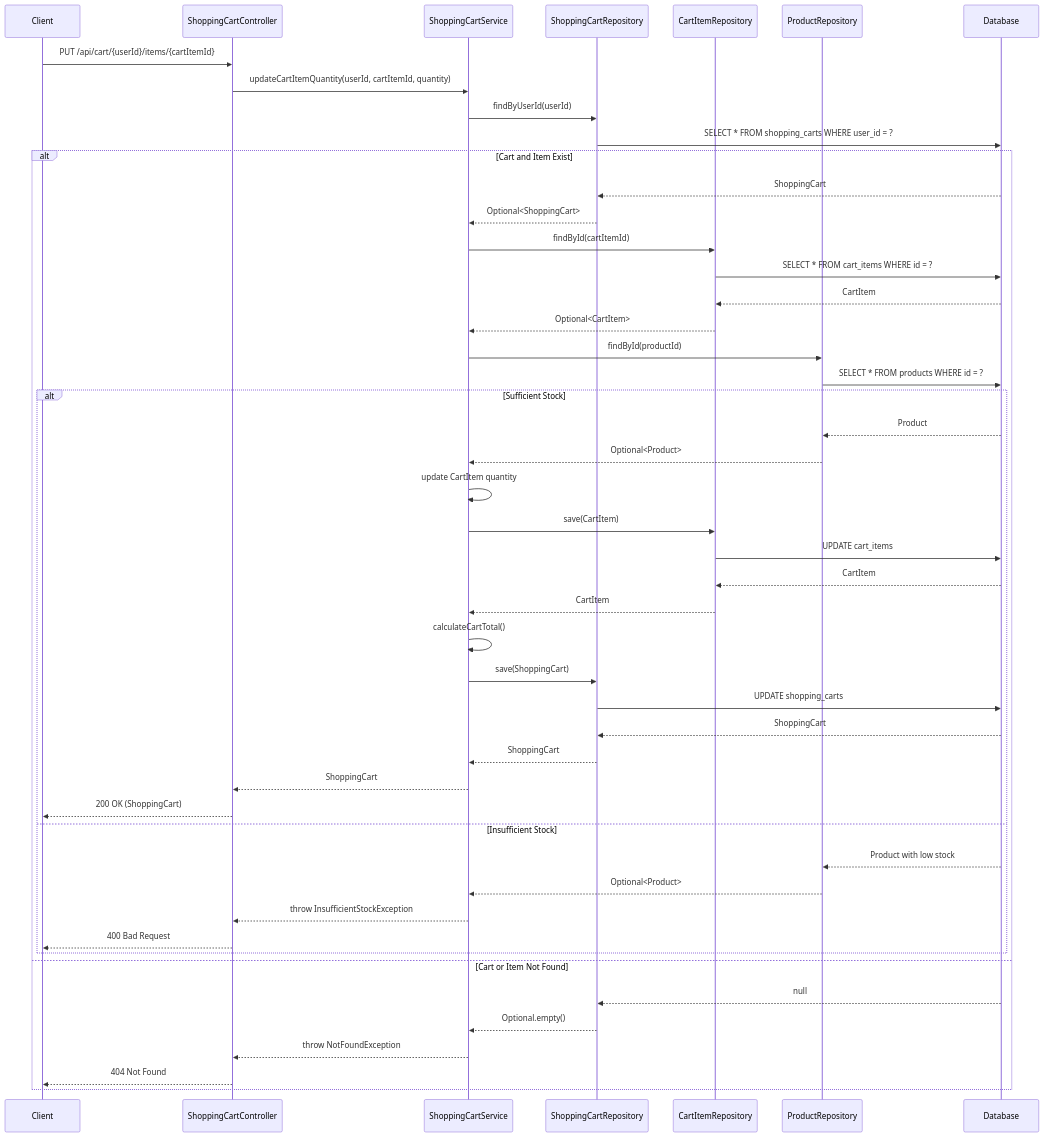
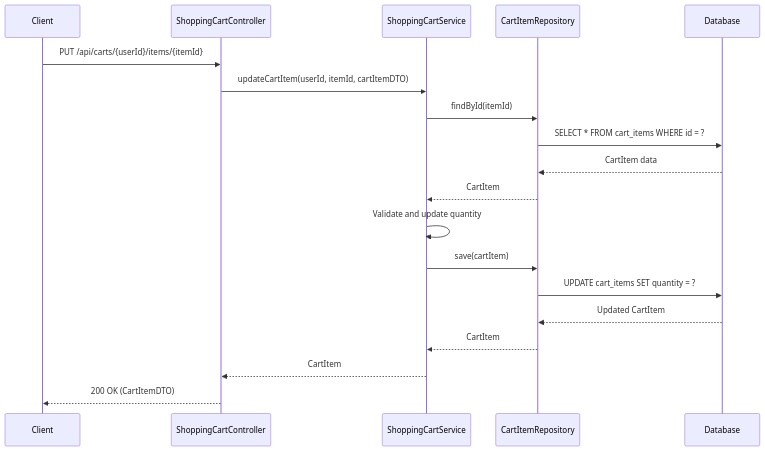
Diagram 12 of 13 in docs/LLD/modified_lld.md (NavneetBN47/aava-ecom-demo), drawn with Mermaid before and after one commit. The commit also changed other lines of this file, not shown here.

````diff
--- a/docs/LLD/modified_lld.md
+++ b/docs/LLD/modified_lld.md
@@ -468,53 +558,24 @@
 ```mermaid
 sequenceDiagram
     participant Client
     participant ShoppingCartController
     participant ShoppingCartService
-    participant ShoppingCartRepository
     participant CartItemRepository
-    participant ProductRepository
     participant Database
 
-    Client->>ShoppingCartController: PUT /api/cart/{userId}/items/{cartItemId}
-    ShoppingCartController->>ShoppingCartService: updateCartItemQuantity(userId, cartItemId, quantity)
-    ShoppingCartService->>ShoppingCartRepository: findByUserId(userId)
-    ShoppingCartRepository->>Database: SELECT * FROM shopping_carts WHERE user_id = ?
+    Client->>ShoppingCartController: PUT /api/carts/{userId}/items/{itemId}
+    ShoppingCartController->>ShoppingCartService: updateCartItem(userId, itemId, cartItemDTO)
+    ShoppingCartService->>CartItemRepository: findById(itemId)
+    CartItemRepository->>Database: SELECT * FROM cart_items WHERE id = ?
+    Database-->>CartItemRepository: CartItem data
+    CartItemRepository-->>ShoppingCartService: CartItem
     
-    alt Cart and Item Exist
-        Database-->>ShoppingCartRepository: ShoppingCart
-        ShoppingCartRepository-->>ShoppingCartService: Optional<ShoppingCart>
-        ShoppingCartService->>CartItemRepository: findById(cartItemId)
-        CartItemRepository->>Database: SELECT * FROM cart_items WHERE id = ?
-        Database-->>CartItemRepository: CartItem
-        CartItemRepository-->>ShoppingCartService: Optional<CartItem>
-        ShoppingCartService->>ProductRepository: findById(productId)
-        ProductRepository->>Database: SELECT * FROM products WHERE id = ?
-        
-        alt Sufficient Stock
-            Database-->>ProductRepository: Product
-            ProductRepository-->>ShoppingCartService: Optional<Product>
-            ShoppingCartService->>ShoppingCartService: update CartItem quantity
-            ShoppingCartService->>CartItemRepository: save(CartItem)
-            CartItemRepository->>Database: UPDATE cart_items
-            Database-->>CartItemRepository: CartItem
-            CartItemRepository-->>ShoppingCartService: CartItem
-            ShoppingCartService->>ShoppingCartService: calculateCartTotal()
-            ShoppingCartService->>ShoppingCartRepository: save(ShoppingCart)
-            ShoppingCartRepository->>Database: UPDATE shopping_carts
-            Database-->>ShoppingCartRepository: ShoppingCart
-            ShoppingCartRepository-->>ShoppingCartService: ShoppingCart
-            ShoppingCartService-->>ShoppingCartController: ShoppingCart
-            ShoppingCartController-->>Client: 200 OK (ShoppingCart)
-        else Insufficient Stock
-            Database-->>ProductRepository: Product with low stock
-            ProductRepository-->>ShoppingCartService: Optional<Product>
-            ShoppingCartService-->>ShoppingCartController: throw InsufficientStockException
-            ShoppingCartController-->>Client: 400 Bad Request
-        end
-    else Cart or Item Not Found
-        Database-->>ShoppingCartRepository: null
-        ShoppingCartRepository-->>ShoppingCartService: Optional.empty()
-        ShoppingCartService-->>ShoppingCartController: throw NotFoundException
-        ShoppingCartController-->>Client: 404 Not Found
-    end
+    ShoppingCartService->>ShoppingCartService: Validate and update quantity
+    ShoppingCartService->>CartItemRepository: save(cartItem)
+    CartItemRepository->>Database: UPDATE cart_items SET quantity = ?
+    Database-->>CartItemRepository: Updated CartItem
+    CartItemRepository-->>ShoppingCartService: CartItem
+    
+    ShoppingCartService-->>ShoppingCartController: CartItem
+    ShoppingCartController-->>Client: 200 OK (CartItemDTO)
 ```
````
